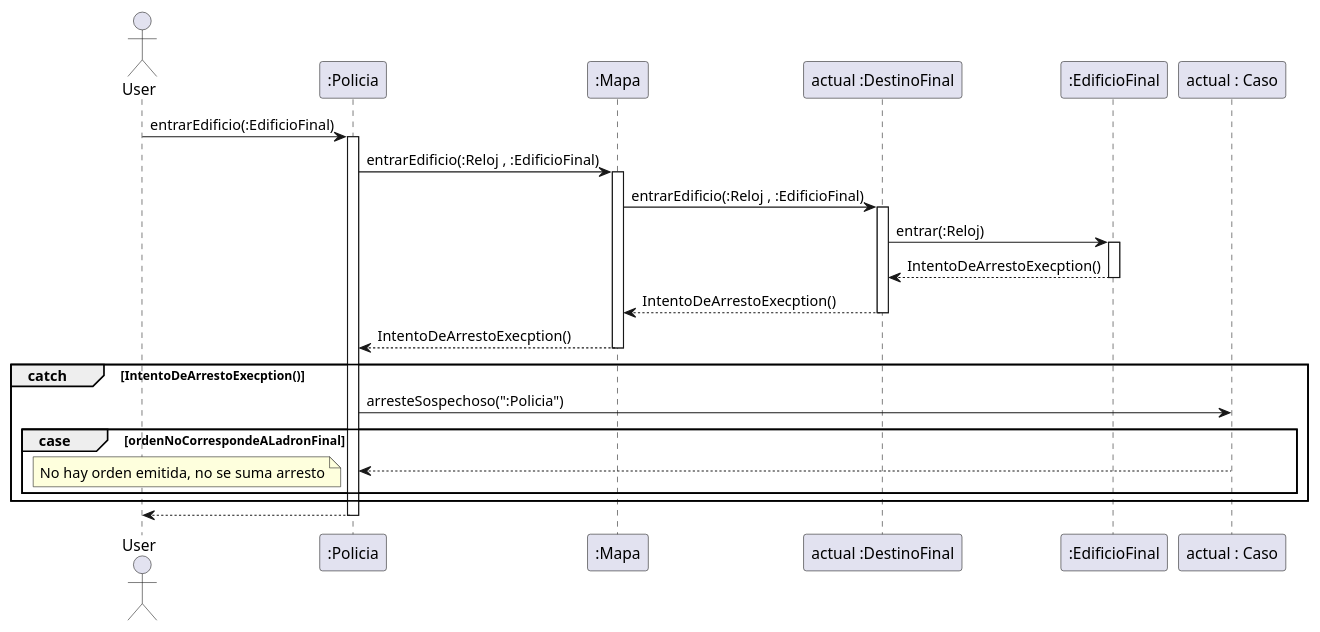
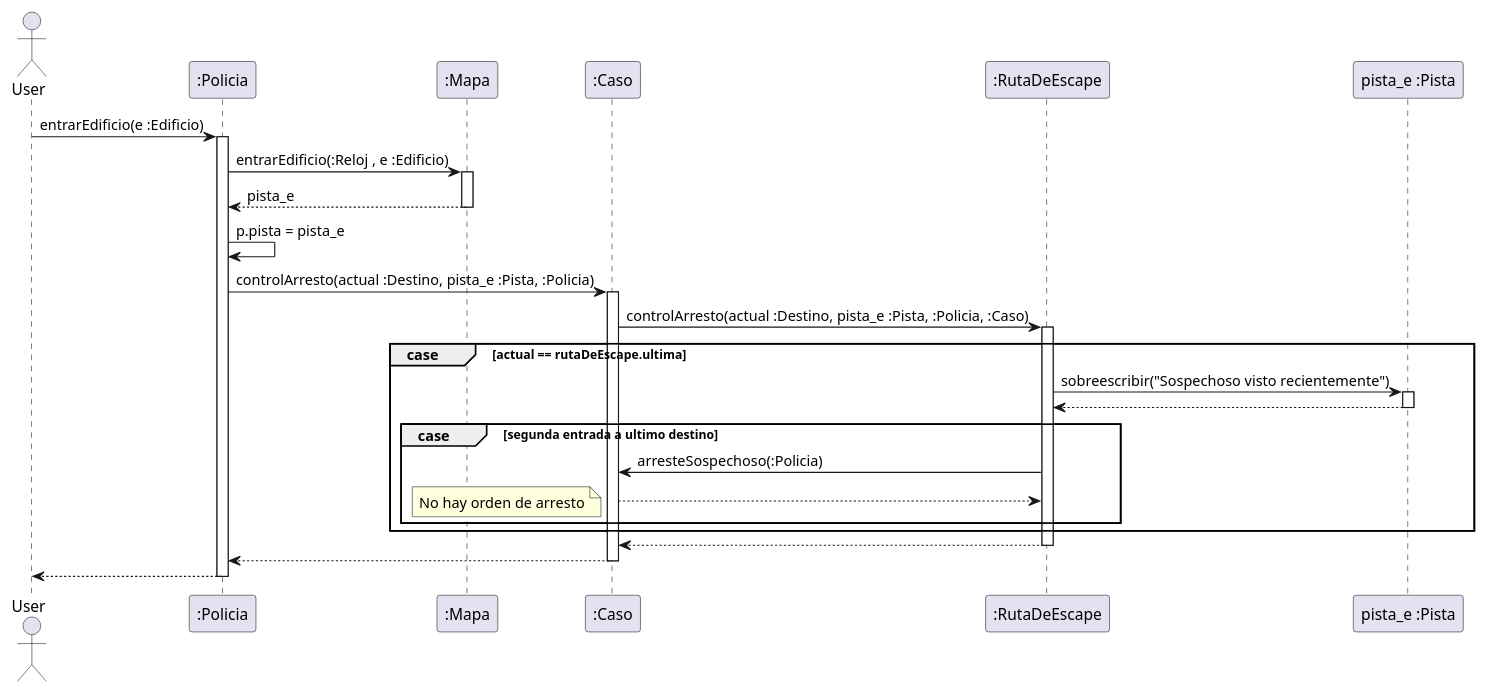
Before and after one commit to Nicolas-Bravo/algo3_tp2: the diagram in diagrams/sequences/arrestoDeSospechosoSInOrdenSecuencia.plantuml, drawn with PlantUML. The commit also changed 9 other files, not shown here.

Commit message:
Actualizacion y diagramas

```diff
--- a/diagrams/sequences/arrestoDeSospechosoSInOrdenSecuencia.plantuml
+++ b/diagrams/sequences/arrestoDeSospechosoSInOrdenSecuencia.plantuml
@@ -1,42 +1,50 @@
 @startuml
 
 Actor User
-
-User -> ":Policia" : entrarEdificio(:EdificioFinal)
+User -> ":Policia" : entrarEdificio(e :Edificio)
 Activate ":Policia"
 
-":Policia" -> ":Mapa" : entrarEdificio(:Reloj , :EdificioFinal)
+":Policia" -> ":Mapa" : entrarEdificio(:Reloj , e :Edificio)
 activate ":Mapa"
 
-":Mapa" -> "actual :DestinoFinal" : entrarEdificio(:Reloj , :EdificioFinal)
-activate "actual :DestinoFinal"
-
-"actual :DestinoFinal" -> ":EdificioFinal" : entrar(:Reloj)
-activate ":EdificioFinal"
-
-":EdificioFinal" --> "actual :DestinoFinal" : IntentoDeArrestoExecption()
-deactivate ":EdificioFinal"
-
-"actual :DestinoFinal" --> ":Mapa" : IntentoDeArrestoExecption()
-deactivate "actual :DestinoFinal"
-
-":Mapa" --> ":Policia" : IntentoDeArrestoExecption()
+":Mapa" --> ":Policia" : pista_e
 deactivate ":Mapa"
 
-group catch [IntentoDeArrestoExecption()]
+":Policia" -> ":Policia": p.pista = pista_e
 
-    ":Policia" -> "actual : Caso" : arresteSospechoso(":Policia")
+":Policia" -> ":Caso" : controlArresto(actual :Destino, pista_e :Pista, :Policia)
+activate ":Caso"
 
-    group case [ordenNoCorrespondeALadronFinal]
+":Caso" -> ":RutaDeEscape" : controlArresto(actual :Destino, pista_e :Pista, :Policia, :Caso)
+activate ":RutaDeEscape"
 
-        "actual : Caso" --> ":Policia"
-        note left: No hay orden emitida, no se suma arresto
+group case [actual == rutaDeEscape.ultima]
+
+    ":RutaDeEscape" -> "pista_e :Pista": sobreescribir("Sospechoso visto recientemente")
+    activate "pista_e :Pista"
+
+    "pista_e :Pista" --> ":RutaDeEscape"
+    deactivate "pista_e :Pista"
+
+    group case [segunda entrada a ultimo destino]
+
+        ":RutaDeEscape" -> ":Caso" : arresteSospechoso(:Policia)
+
+
+        ":Caso" --> ":RutaDeEscape"
+        note left: No hay orden de arresto
 
     end
 
 end
 
+":RutaDeEscape" --> ":Caso"
+deactivate ":RutaDeEscape"
+
+":Caso" --> ":Policia"
+deactivate ":Caso"
+
 ":Policia" --> User
 deactivate ":Policia"
 
 @enduml
```
